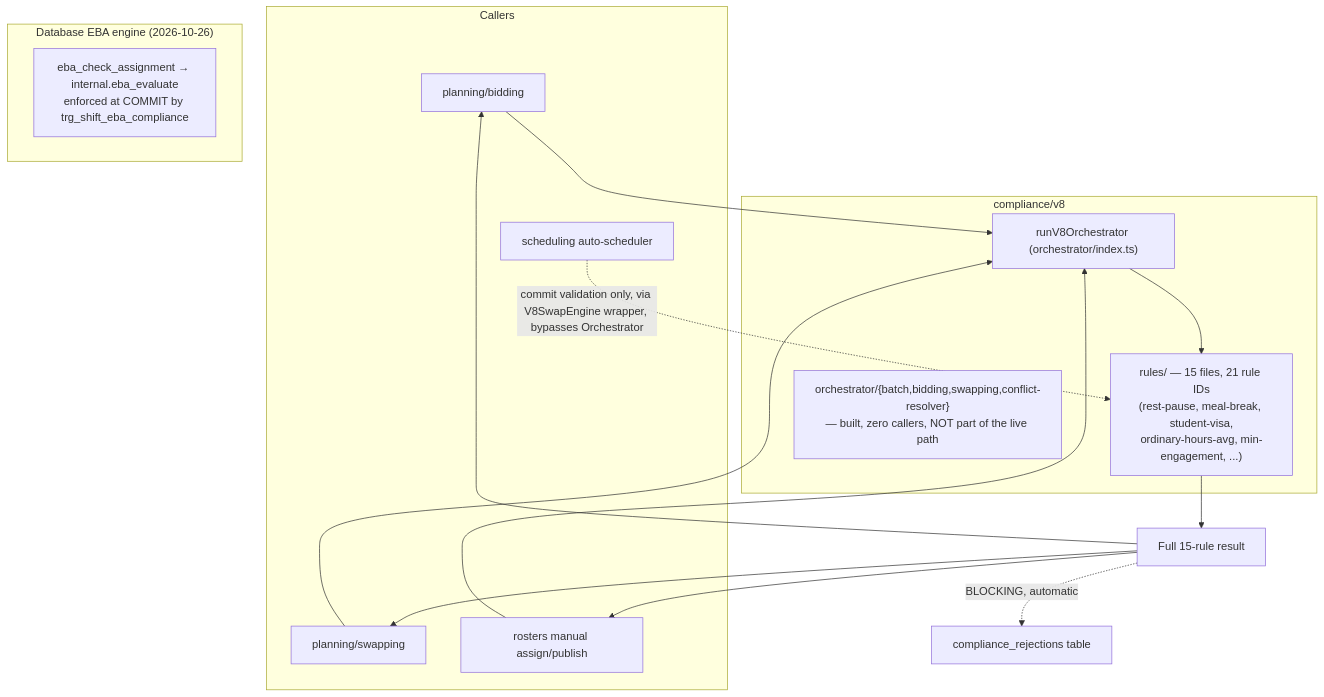
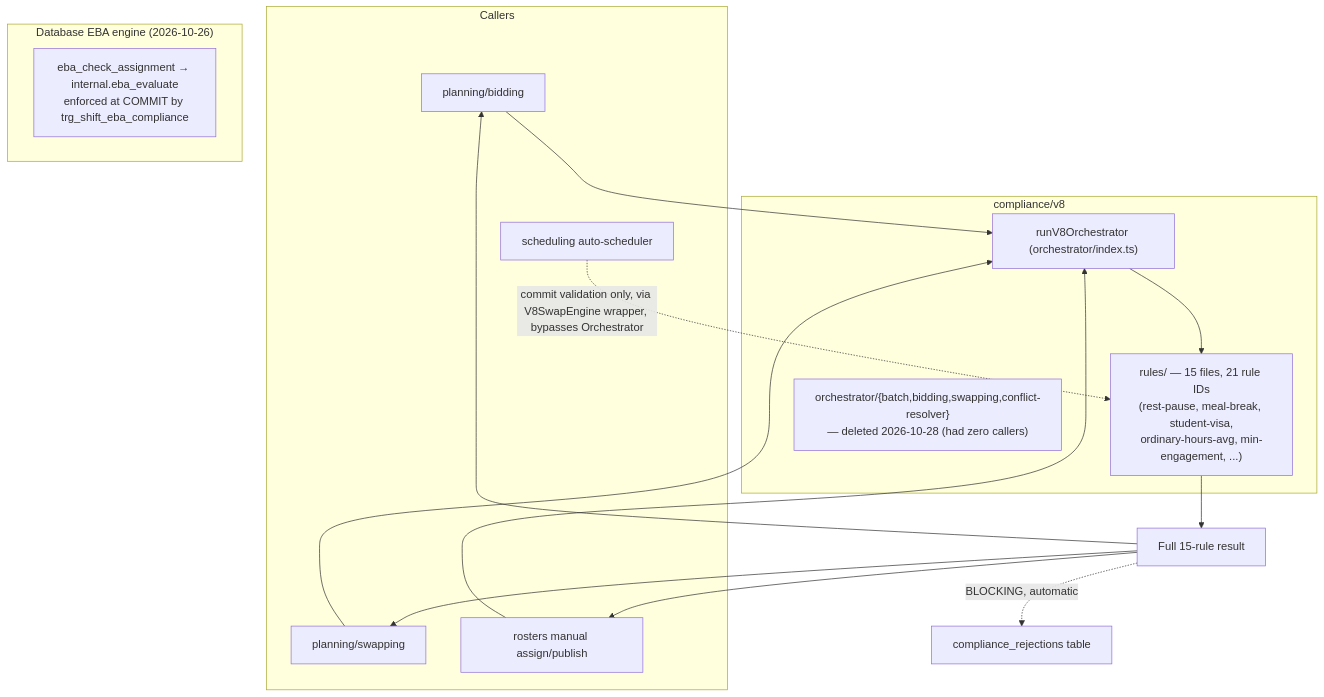
One commit to VinayakKuanr-UNSW/Shiftopia changed the eighth of 10 diagrams in docs/rulebook/02-architecture.md. Above: the diagram before and after it, drawn with Mermaid. The commit also changed other lines of this file and 11 other files, not shown here.

````diff
--- a/docs/rulebook/02-architecture.md
+++ b/docs/rulebook/02-architecture.md
@@ -273,29 +273,29 @@
 ```mermaid
 graph TB
     subgraph Callers
         Bidding[planning/bidding]
         Swapping[planning/swapping]
         Manual[rosters manual assign/publish]
         AutoSched[scheduling auto-scheduler]
     end
 
     subgraph V8["compliance/v8"]
         Rules["rules/ — 15 files, 21 rule IDs<br/>(rest-pause, meal-break, student-visa,<br/>ordinary-hours-avg, min-engagement, ...)"]
         Orchestrator["runV8Orchestrator (orchestrator/index.ts)"]
-        Dormant["orchestrator/{batch,bidding,swapping,conflict-resolver}<br/>— built, zero callers, NOT part of the live path"]
+        Dormant["orchestrator/{batch,bidding,swapping,conflict-resolver}<br/>— deleted 2026-10-28 (had zero callers)"]
     end
     subgraph DbEngine["Database EBA engine (2026-10-26)"]
         DbCheck["eba_check_assignment → internal.eba_evaluate<br/>enforced at COMMIT by trg_shift_eba_compliance"]
     end
 
     Bidding --> Orchestrator
     Swapping --> Orchestrator
     Manual --> Orchestrator
     AutoSched -.->|"commit validation only, via V8SwapEngine wrapper, bypasses Orchestrator"| Rules
     Orchestrator --> Rules
     Rules --> Result["Full 15-rule result"]
     Result --> Bidding
     Result --> Swapping
     Result --> Manual
     Result -.->|"BLOCKING, automatic"| RejectionLog[compliance_rejections table]
 ```
````
